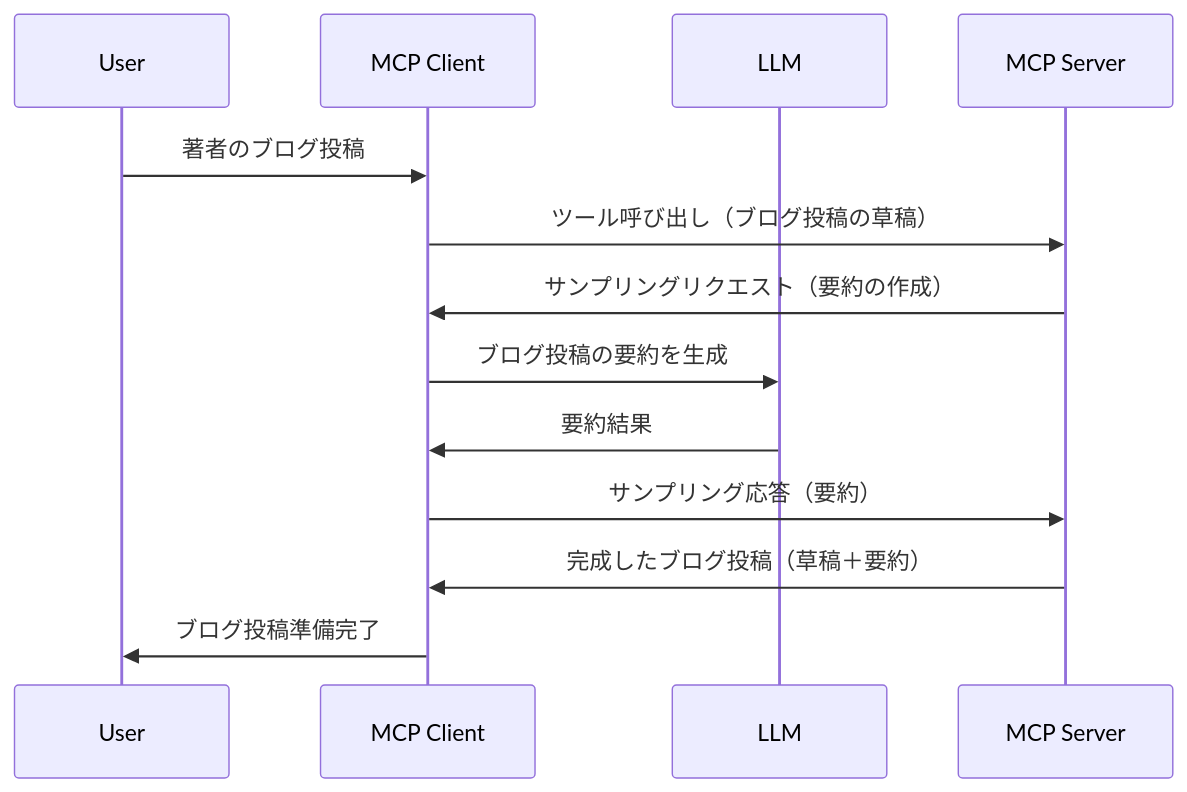
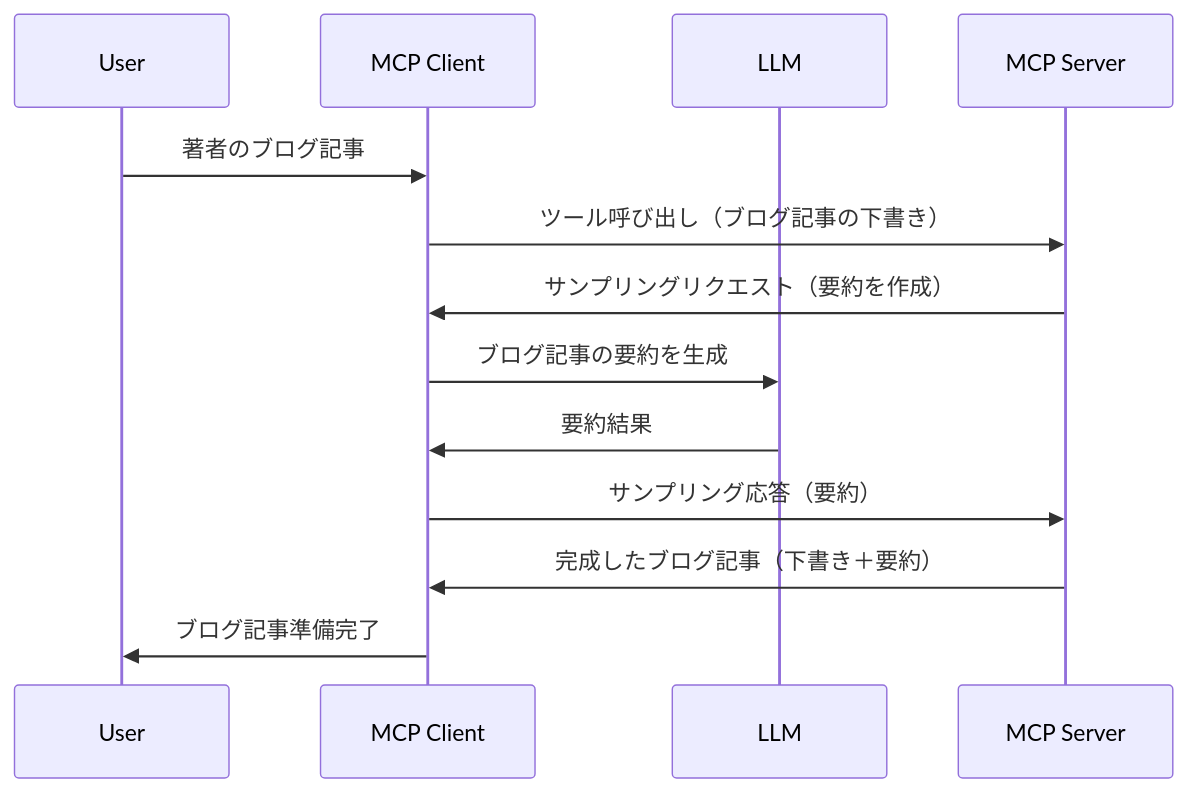
The diagram in mcp_ecosystem__model_context_protocol/mcp_learning_resources/mcp-for-beginners/translations/ja/03-GettingStarted/14-sampling/README.md (HIDORAKAI002/ai-workspace-archive), drawn with Mermaid before and after one commit. The commit also changed other lines of this file and 5721 other files, not shown here.

Commit message:
chore(sync): update MCP Python SDK, MCP TypeScript SDK, Supabase MCP, Kubernetes MCP Server, Git MCP, MCP Agent, Awesome ChatGPT Prompts, Langfuse, +62 more

````diff
--- a/mcp_ecosystem__model_context_protocol/mcp_learning_resources/mcp-for-beginners/translations/ja/03-GettingStarted/14-sampling/README.md
+++ b/mcp_ecosystem__model_context_protocol/mcp_learning_resources/mcp-for-beginners/translations/ja/03-GettingStarted/14-sampling/README.md
@@ -25,16 +27,16 @@
 ```mermaid
 sequenceDiagram
     participant User
     participant MCP Client
     participant LLM
     participant MCP Server
 
-    User->>MCP Client: 著者のブログ投稿
-    MCP Client->>MCP Server: ツール呼び出し（ブログ投稿の草稿）
-    MCP Server->>MCP Client: サンプリングリクエスト（要約の作成）
-    MCP Client->>LLM: ブログ投稿の要約を生成
+    User->>MCP Client: 著者のブログ記事
+    MCP Client->>MCP Server: ツール呼び出し（ブログ記事の下書き）
+    MCP Server->>MCP Client: サンプリングリクエスト（要約を作成）
+    MCP Client->>LLM: ブログ記事の要約を生成
     LLM->>MCP Client: 要約結果
     MCP Client->>MCP Server: サンプリング応答（要約）
-    MCP Server->>MCP Client: 完成したブログ投稿（草稿＋要約）
-    MCP Client->>User: ブログ投稿準備完了
+    MCP Server->>MCP Client: 完成したブログ記事（下書き＋要約）
+    MCP Client->>User: ブログ記事準備完了
 ```
````
